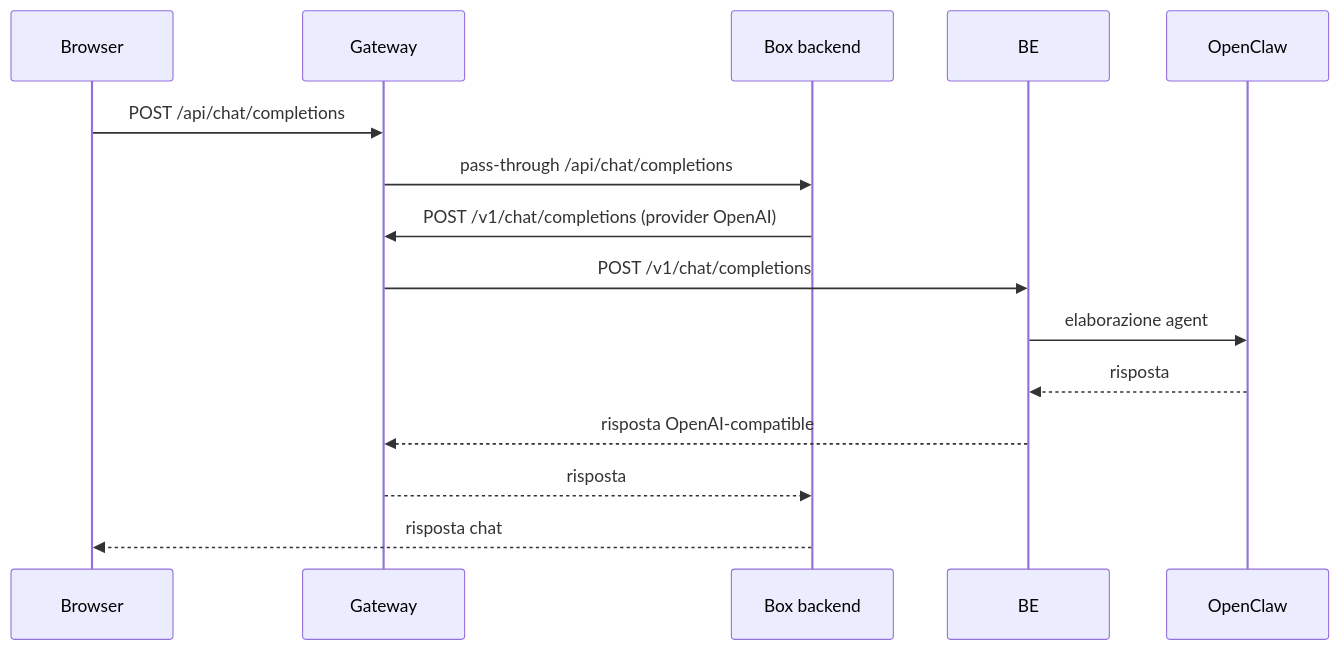
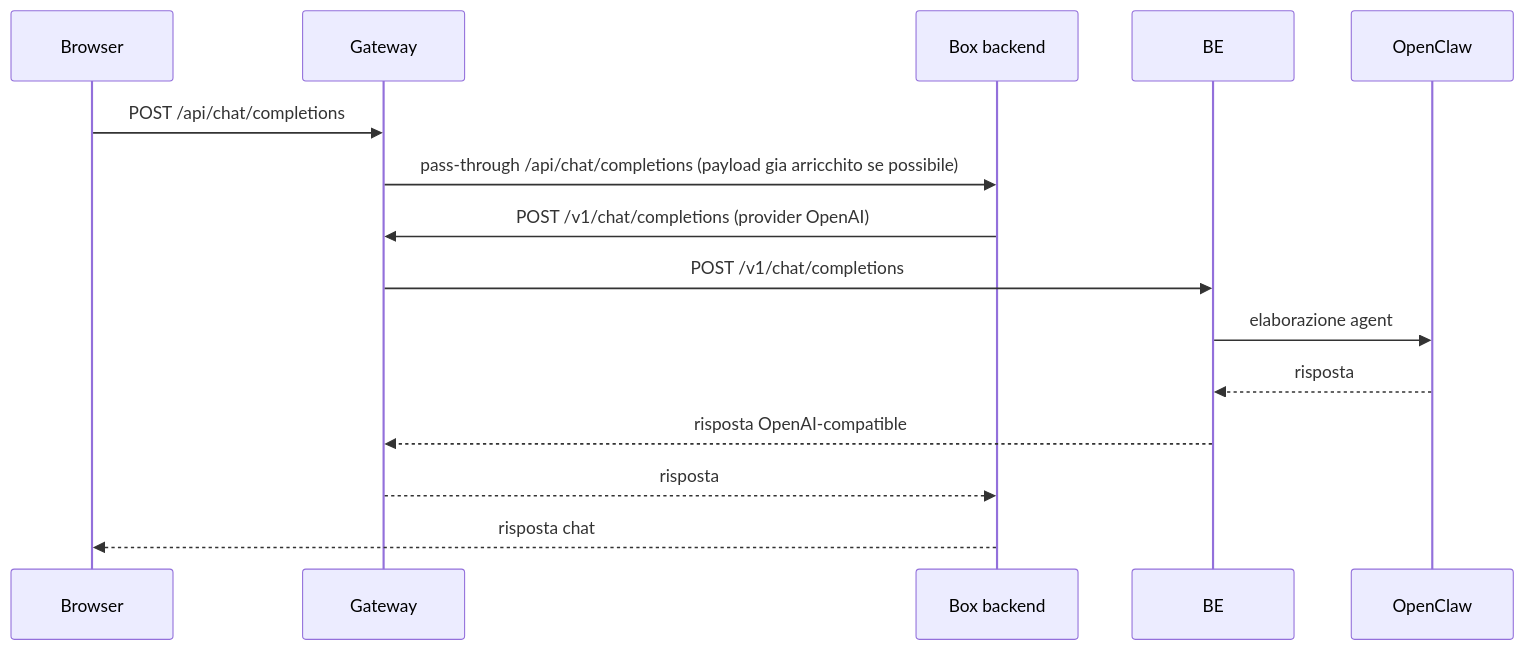
The fourth of 6 diagrams in docs/documentazione/01-flusso-dati-edge-gateway.md (jambtc/openwebui-edge-gateway), drawn with Mermaid before and after one commit. The commit also changed other lines of this file and 9 other files, not shown here.

````diff
--- a/docs/documentazione/01-flusso-dati-edge-gateway.md
+++ b/docs/documentazione/01-flusso-dati-edge-gateway.md
@@ -82,18 +176,18 @@
 ```mermaid
 sequenceDiagram
     participant BR as Browser
     participant G as Gateway
     participant B as Box backend
     participant BE as BE
     participant OPC as OpenClaw
 
     BR->>G: POST /api/chat/completions
-    G->>B: pass-through /api/chat/completions
+    G->>B: pass-through /api/chat/completions (payload gia arricchito se possibile)
     B->>G: POST /v1/chat/completions (provider OpenAI)
     G->>BE: POST /v1/chat/completions
     BE->>OPC: elaborazione agent
     OPC-->>BE: risposta
     BE-->>G: risposta OpenAI-compatible
     G-->>B: risposta
     B-->>BR: risposta chat
 ```
````
